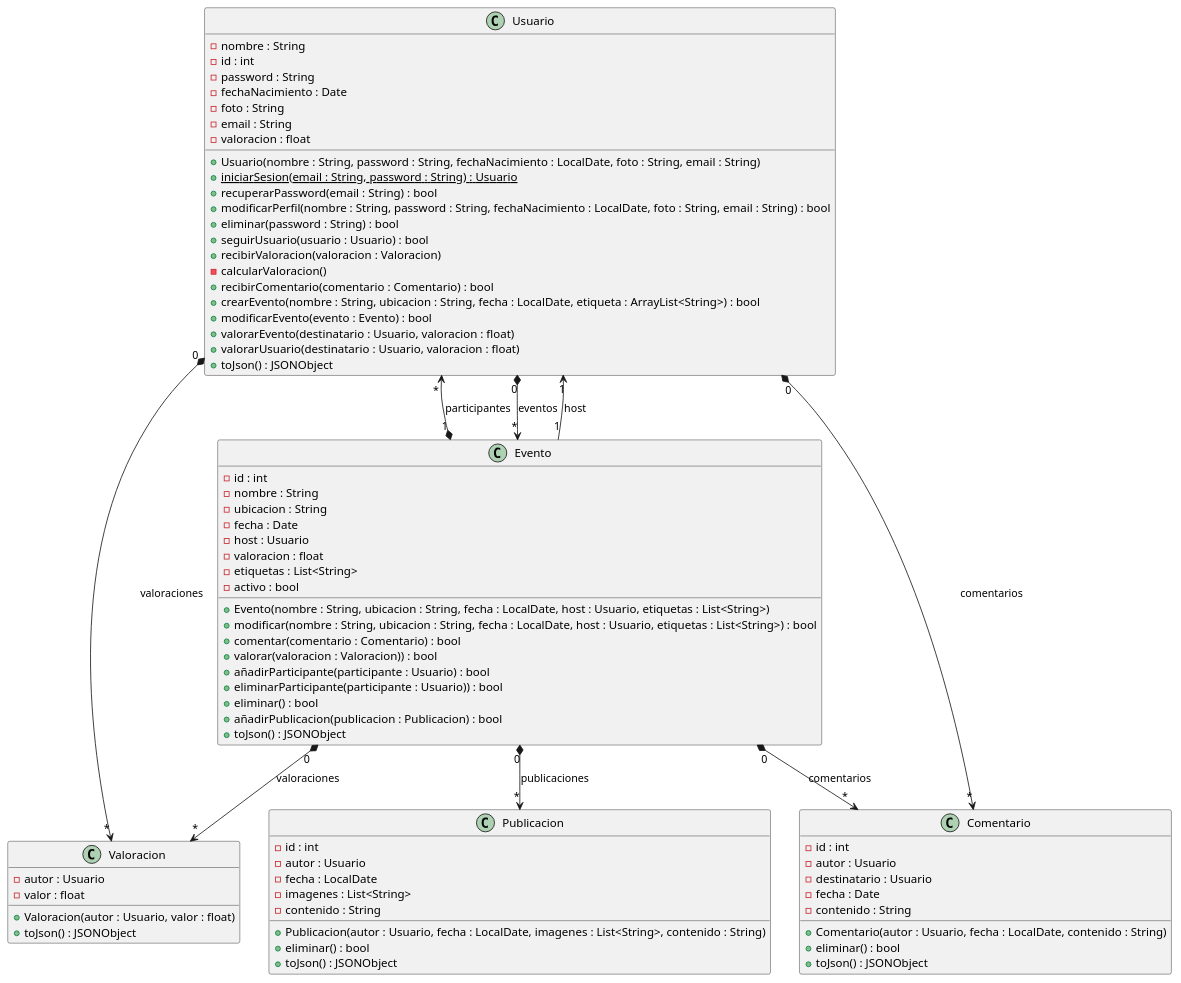
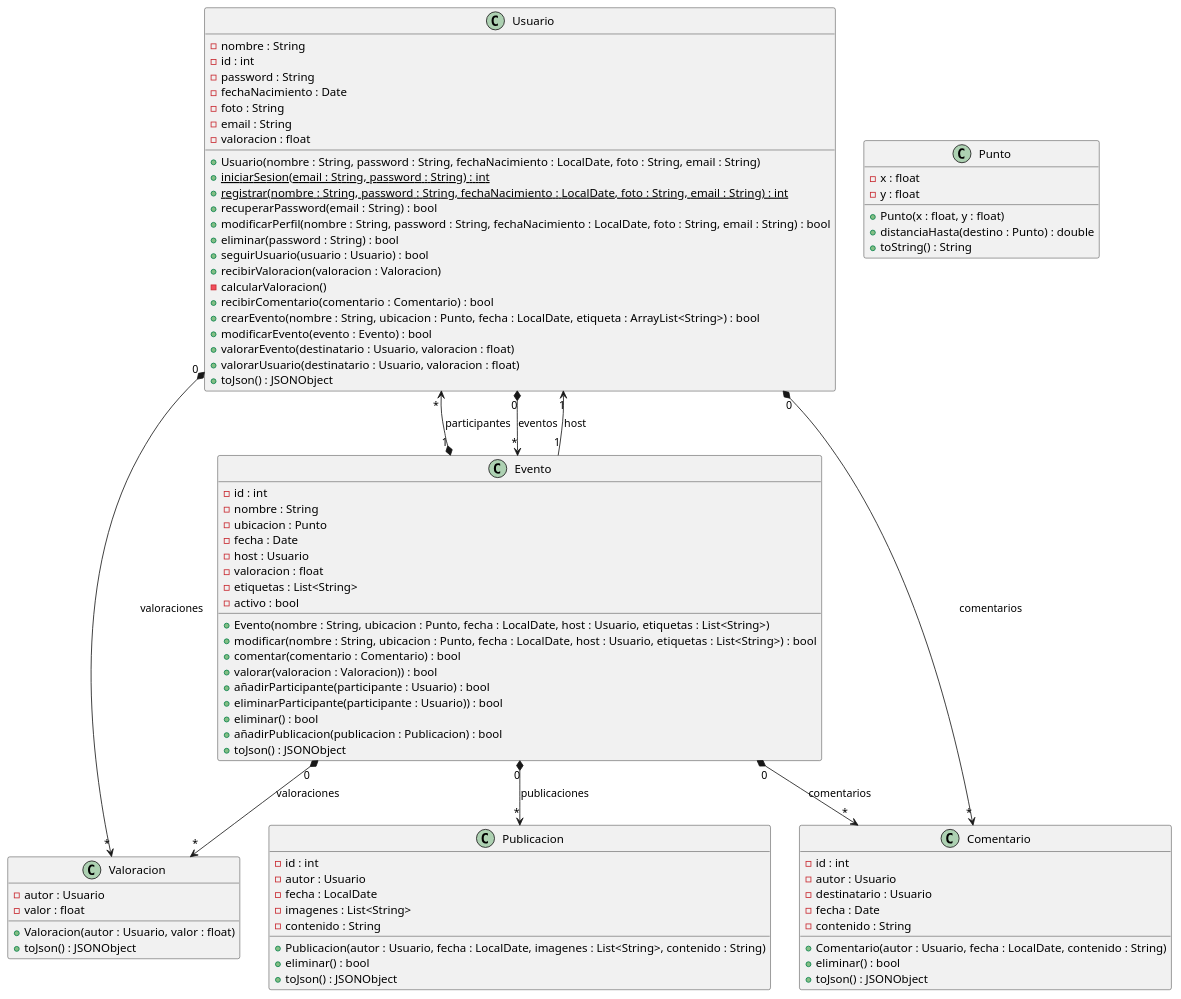
Before and after one commit to prieetoo/FindMyParty: the diagram in backend/Diagramas/Diagrama clases.puml, drawn with PlantUML.

Commit message:
Update Diagrama clases.puml

```diff
--- a/backend/Diagramas/Diagrama clases.puml
+++ b/backend/Diagramas/Diagrama clases.puml
@@ -1,83 +1,92 @@
 @startuml
 class Usuario {
   - nombre : String
   - id : int
   - password : String
   - fechaNacimiento : Date
   - foto : String
   - email : String
   - valoracion : float
   + Usuario(nombre : String, password : String, fechaNacimiento : LocalDate, foto : String, email : String)
-  + {static} iniciarSesion(email : String, password : String) : Usuario
+  + {static} iniciarSesion(email : String, password : String) : int
+  + {static} registrar(nombre : String, password : String, fechaNacimiento : LocalDate, foto : String, email : String) : int
   + recuperarPassword(email : String) : bool
   + modificarPerfil(nombre : String, password : String, fechaNacimiento : LocalDate, foto : String, email : String) : bool
   + eliminar(password : String) : bool
   + seguirUsuario(usuario : Usuario) : bool
   + recibirValoracion(valoracion : Valoracion)
   - calcularValoracion()
   + recibirComentario(comentario : Comentario) : bool
-  + crearEvento(nombre : String, ubicacion : String, fecha : LocalDate, etiqueta : ArrayList<String>) : bool
+  + crearEvento(nombre : String, ubicacion : Punto, fecha : LocalDate, etiqueta : ArrayList<String>) : bool
   + modificarEvento(evento : Evento) : bool
   + valorarEvento(destinatario : Usuario, valoracion : float)
   + valorarUsuario(destinatario : Usuario, valoracion : float)
   + toJson() : JSONObject
 }
 
 class Evento {
   - id : int
   - nombre : String
-  - ubicacion : String
+  - ubicacion : Punto
   - fecha : Date
   - host : Usuario
   - valoracion : float
   - etiquetas : List<String>
   - activo : bool
-  + Evento(nombre : String, ubicacion : String, fecha : LocalDate, host : Usuario, etiquetas : List<String>)
-  + modificar(nombre : String, ubicacion : String, fecha : LocalDate, host : Usuario, etiquetas : List<String>) : bool
+  + Evento(nombre : String, ubicacion : Punto, fecha : LocalDate, host : Usuario, etiquetas : List<String>)
+  + modificar(nombre : String, ubicacion : Punto, fecha : LocalDate, host : Usuario, etiquetas : List<String>) : bool
   + comentar(comentario : Comentario) : bool
   + valorar(valoracion : Valoracion)) : bool
   + añadirParticipante(participante : Usuario) : bool
   + eliminarParticipante(participante : Usuario)) : bool
   + eliminar() : bool
   + añadirPublicacion(publicacion : Publicacion) : bool
   + toJson() : JSONObject
 }
 
 class Publicacion {
   - id : int
   - autor : Usuario
   - fecha : LocalDate
   - imagenes : List<String>
   - contenido : String
   + Publicacion(autor : Usuario, fecha : LocalDate, imagenes : List<String>, contenido : String)
   + eliminar() : bool
   + toJson() : JSONObject
 }
 
 class Comentario {
   - id : int
   - autor : Usuario
   - destinatario : Usuario
   - fecha : Date
   - contenido : String
   + Comentario(autor : Usuario, fecha : LocalDate, contenido : String)
   + eliminar() : bool
   + toJson() : JSONObject
 }
 
 class Valoracion {
   - autor : Usuario
   - valor : float
   + Valoracion(autor : Usuario, valor : float)
   + toJson() : JSONObject
 }
 
+class Punto {
+  - x : float
+  - y : float
+  + Punto(x : float, y : float)
+  + distanciaHasta(destino : Punto) : double
+  + toString() : String
+}
+
 Usuario "0" *--> "*" Evento : eventos
 Evento "1" --> "1" Usuario : host
 Evento "0" *--> "*" Publicacion : publicaciones
 Evento "1" *--> "*" Usuario : participantes
 Evento "0" *--> "*" Comentario : comentarios
 Usuario "0" *--> "*" Comentario : comentarios
 Evento "0" *--> "*" Valoracion : valoraciones
 Usuario "0" *--> "*" Valoracion : valoraciones
 @enduml
```
